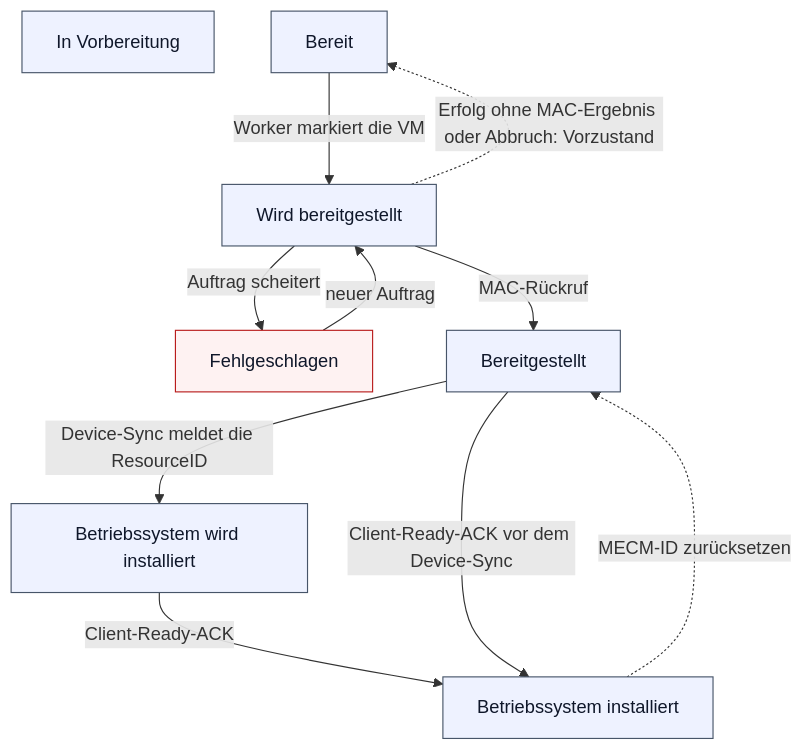
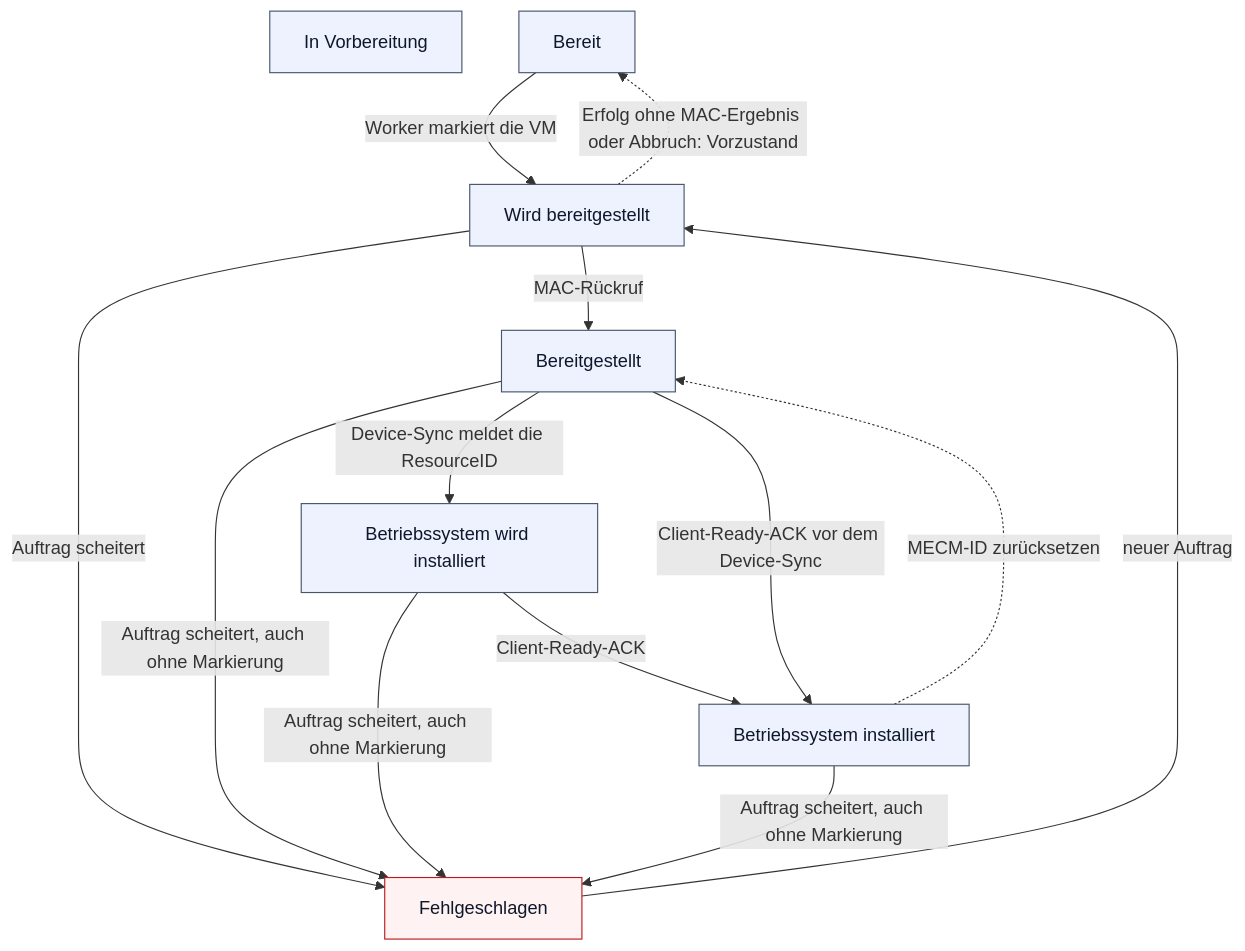
One commit to Samy94M/VirtuSphere-v2-WebApp changed the second of 3 diagrams in docs/operations/vm-lifecycle.md. Above: the diagram before and after it, drawn with Mermaid. The commit also changed other lines of this file, not shown here.

````diff
--- a/docs/operations/vm-lifecycle.md
+++ b/docs/operations/vm-lifecycle.md
@@ -37,17 +37,20 @@
 ```mermaid
 flowchart TD
     initializing[In Vorbereitung]
     ready[Bereit] -->|Worker markiert die VM| deploying[Wird bereitgestellt]
     deploying -.->|Erfolg ohne MAC-Ergebnis oder Abbruch: Vorzustand| ready
     deploying -->|Auftrag scheitert| failed[Fehlgeschlagen]
+    deployed -->|Auftrag scheitert, auch ohne Markierung| failed
+    os_installing -->|Auftrag scheitert, auch ohne Markierung| failed
+    os_installed -->|Auftrag scheitert, auch ohne Markierung| failed
     failed -->|neuer Auftrag| deploying
     deploying -->|MAC-Rückruf| deployed[Bereitgestellt]
     deployed -->|Device-Sync meldet die ResourceID| os_installing[Betriebssystem wird installiert]
     os_installing -->|Client-Ready-ACK| os_installed[Betriebssystem installiert]
     deployed -->|Client-Ready-ACK vor dem Device-Sync| os_installed
     os_installed -.->|MECM-ID zurücksetzen| deployed
     classDef step fill:#eef2ff,stroke:#475569,color:#0f172a;
     classDef blocked fill:#fef2f2,stroke:#b91c1c,color:#0f172a;
     class initializing,ready,deploying,deployed,os_installing,os_installed step;
     class failed blocked;
 ```
````
